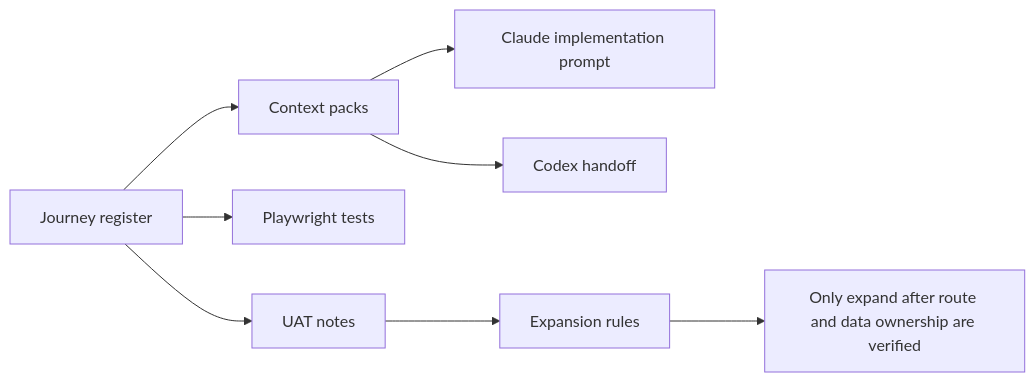
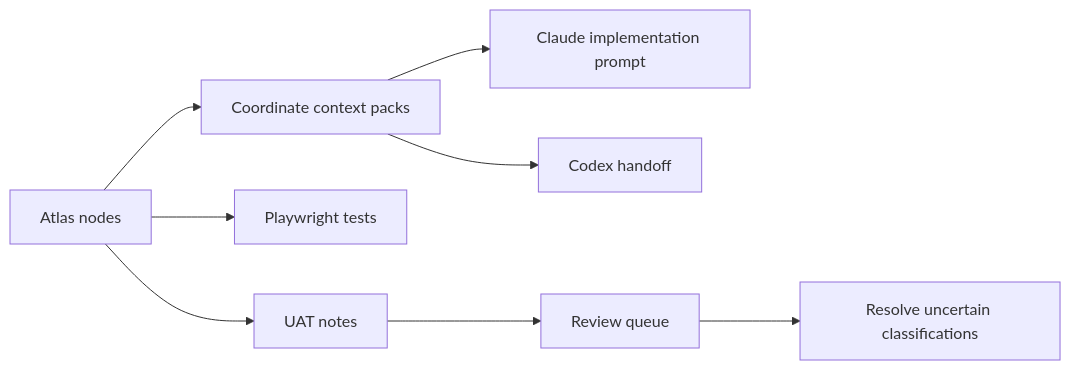
One commit to kza-hps/contextatlas changed the diagram in examples/vouchme/context-atlas/diagrams/L5-ai-ops-map.mmd. Above: the diagram before and after it, drawn with Mermaid. The commit also changed 30 other files, not shown here.

First line of the commit message:
Refine ContextAtlas coordinate and classifier foundation

```diff
--- a/examples/vouchme/context-atlas/diagrams/L5-ai-ops-map.mmd
+++ b/examples/vouchme/context-atlas/diagrams/L5-ai-ops-map.mmd
@@ -1,8 +1,8 @@
 flowchart LR
-  A["Journey register"] --> B["Context packs"]
+  A["Atlas nodes"] --> B["Coordinate context packs"]
   B --> C["Claude implementation prompt"]
   B --> D["Codex handoff"]
   A --> E["Playwright tests"]
   A --> F["UAT notes"]
-  F --> G["Expansion rules"]
-  G --> H["Only expand after route and data ownership are verified"]
+  F --> G["Review queue"]
+  G --> H["Resolve uncertain classifications"]
```
